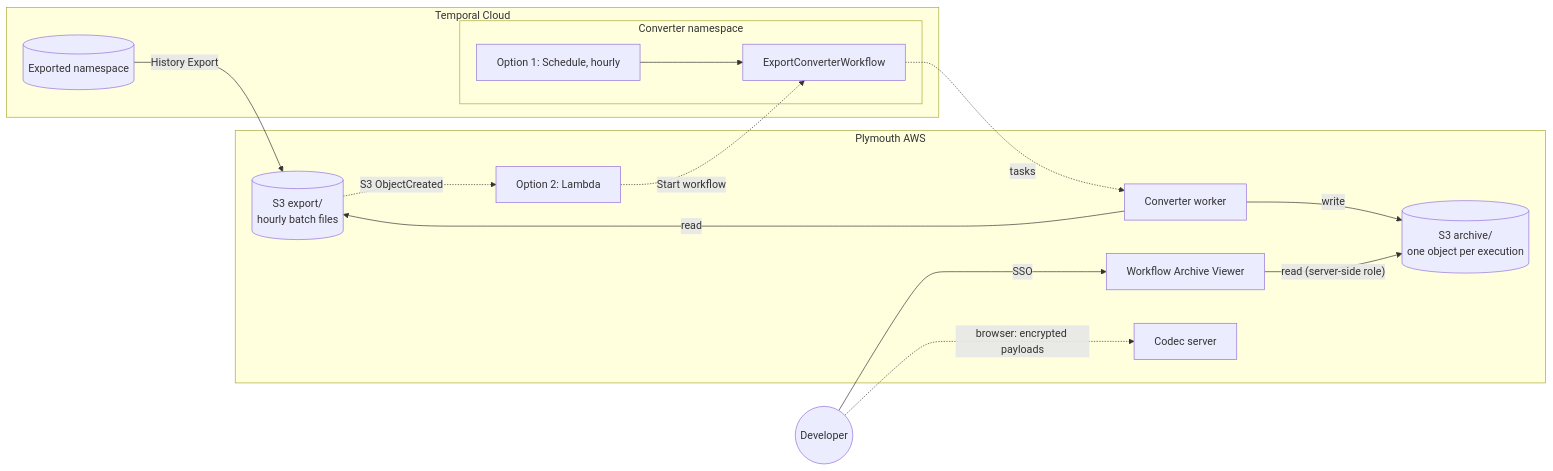
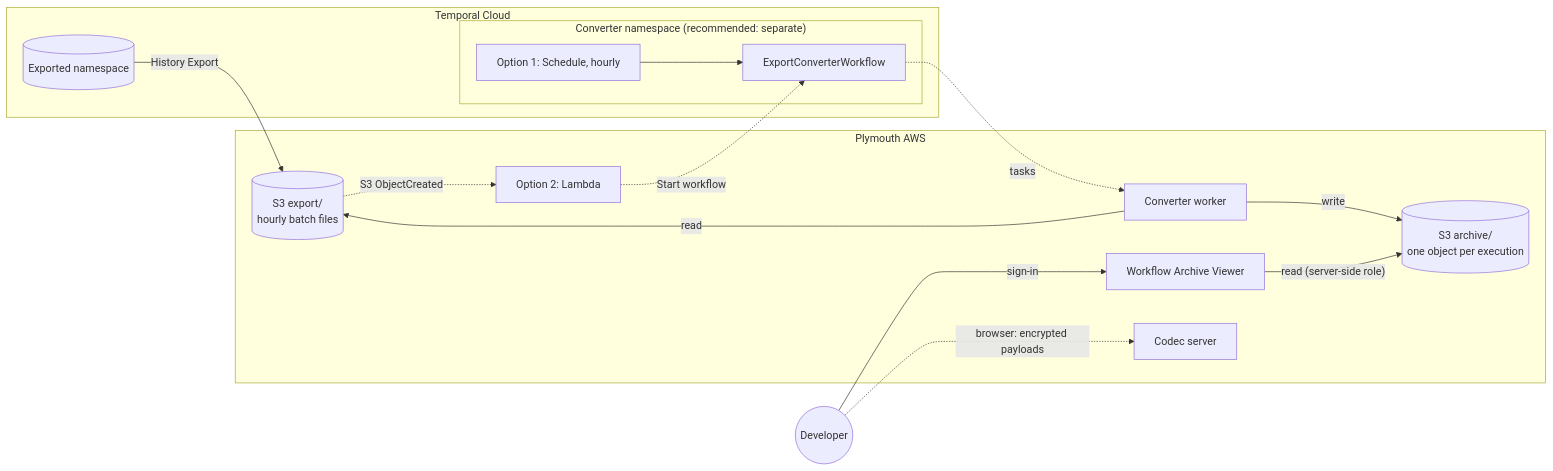
One commit to technoidentity-kuncha/temporal-cloud-elk-kit changed the first of 5 diagrams in s3-archive/README.md. Above: the diagram before and after it, drawn with Mermaid. The commit also changed other lines of this file, not shown here.

````diff
--- a/s3-archive/README.md
+++ b/s3-archive/README.md
@@ -11,26 +11,26 @@
 ```mermaid
 flowchart LR
   subgraph Cloud[Temporal Cloud]
     NS[(Exported namespace)]
-    subgraph CNS[Converter namespace]
+    subgraph CNS["Converter namespace (recommended: separate)"]
       SCH["Option 1: Schedule, hourly"] --> WF[ExportConverterWorkflow]
     end
   end
   subgraph AWS[Plymouth AWS]
     EXP[("S3 export/<br/>hourly batch files")]
     L["Option 2: Lambda"]
     W[Converter worker]
     ARC[("S3 archive/<br/>one object per execution")]
     V["Workflow Archive Viewer"]
     CS[Codec server]
   end
   NS -- "History Export" --> EXP
   EXP -. "S3 ObjectCreated" .-> L
   L -. "Start workflow" .-> WF
   WF -. tasks .-> W
   W -- read --> EXP
   W -- write --> ARC
   V -- "read (server-side role)" --> ARC
-  Dev((Developer)) -- SSO --> V
+  Dev((Developer)) -- sign-in --> V
   Dev -. "browser: encrypted payloads" .-> CS
 ```
````
